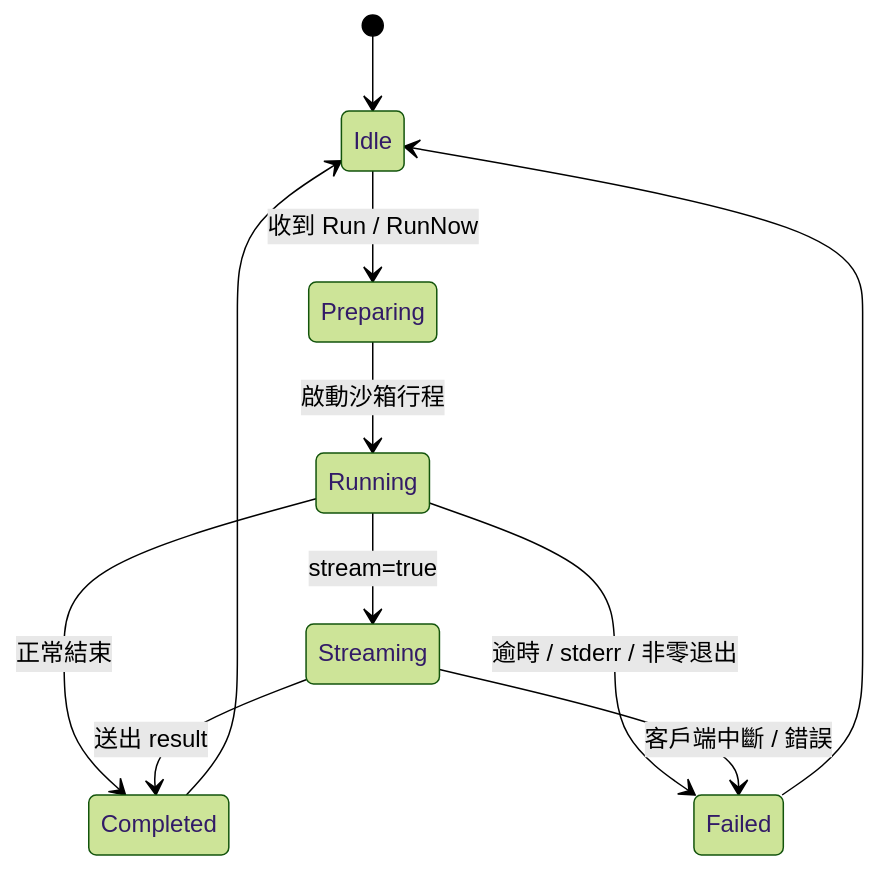
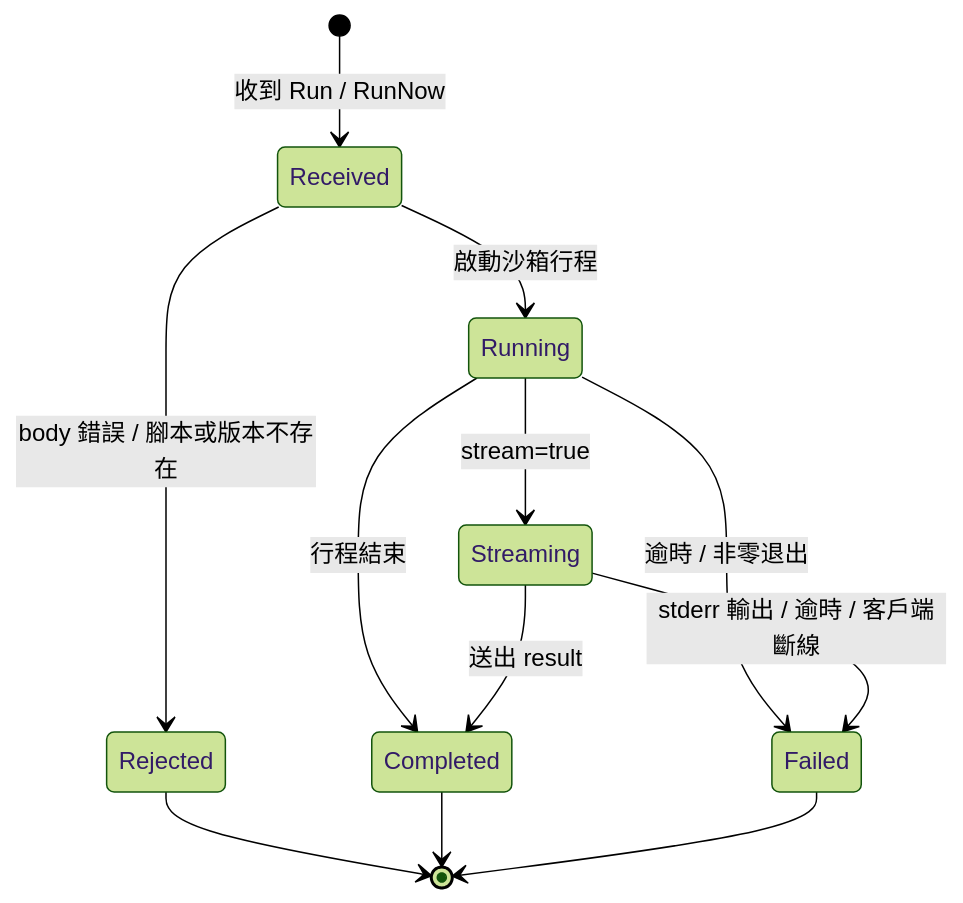
Before and after one commit to pardnchiu/HakoRun: the tenth of 10 diagrams in doc/architecture.zh.md, drawn with Mermaid (forest theme). The commit also changed other lines of this file and 17 other files, not shown here.

````diff
--- a/doc/architecture.zh.md
+++ b/doc/architecture.zh.md
@@ -122,13 +207,14 @@
 ```mermaid
 stateDiagram-v2
-    [*] --> Idle
-    Idle --> Preparing: 收到 Run / RunNow
-    Preparing --> Running: 啟動沙箱行程
+    [*] --> Received: 收到 Run / RunNow
+    Received --> Rejected: body 錯誤 / 腳本或版本不存在
+    Received --> Running: 啟動沙箱行程
     Running --> Streaming: stream=true
-    Running --> Completed: 正常結束
+    Running --> Completed: 行程結束
+    Running --> Failed: 逾時 / 非零退出
     Streaming --> Completed: 送出 result
-    Running --> Failed: 逾時 / stderr / 非零退出
-    Streaming --> Failed: 客戶端中斷 / 錯誤
-    Failed --> Idle
-    Completed --> Idle
+    Streaming --> Failed: stderr 輸出 / 逾時 / 客戶端斷線
+    Rejected --> [*]
+    Completed --> [*]
+    Failed --> [*]
 ```
````
